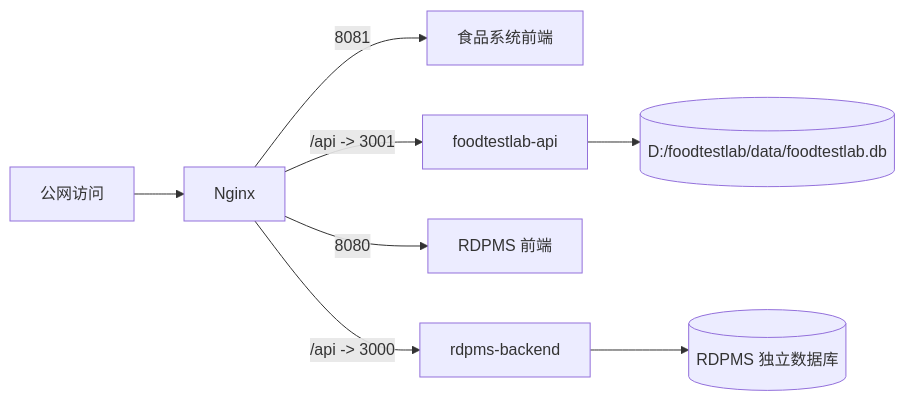
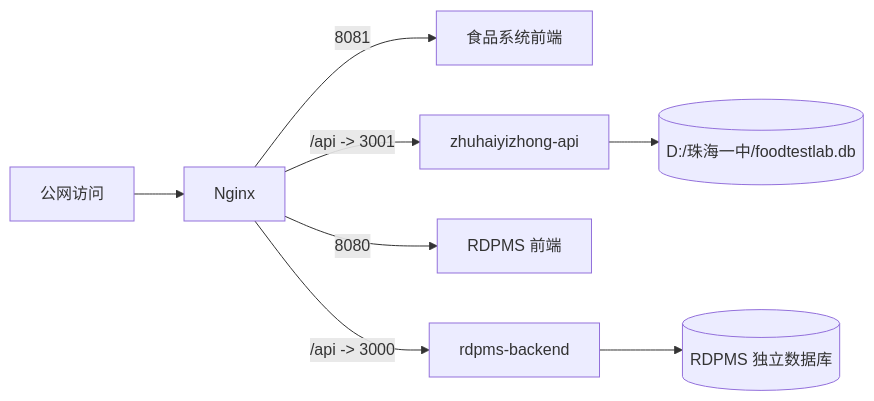
The second of 2 diagrams in docs/ARCHITECTURE.md (ArthurUker/Tianjiabing_foodtestlab), drawn with Mermaid before and after one commit. The commit also changed other lines of this file and 11 other files, not shown here.

````diff
--- a/docs/ARCHITECTURE.md
+++ b/docs/ARCHITECTURE.md
@@ -248,13 +248,13 @@
 ```mermaid
 flowchart LR
     Internet[公网访问] --> Nginx[Nginx]
 
     Nginx -->|8081| FoodFrontend[食品系统前端]
-    Nginx -->|/api -> 3001| FoodAPI[foodtestlab-api]
+    Nginx -->|/api -> 3001| FoodAPI[zhuhaiyizhong-api]
 
     Nginx -->|8080| RDPMSFrontend[RDPMS 前端]
     Nginx -->|/api -> 3000| RDPMSAPI[rdpms-backend]
 
-    FoodAPI --> FoodDB[(D:/foodtestlab/data/foodtestlab.db)]
+    FoodAPI --> FoodDB[(D:/珠海一中/foodtestlab.db)]
     RDPMSAPI --> RDPMSDB[(RDPMS 独立数据库)]
 ```
````
